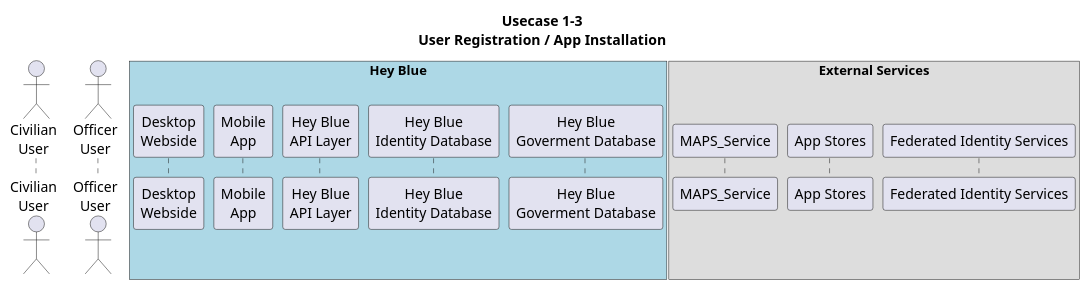
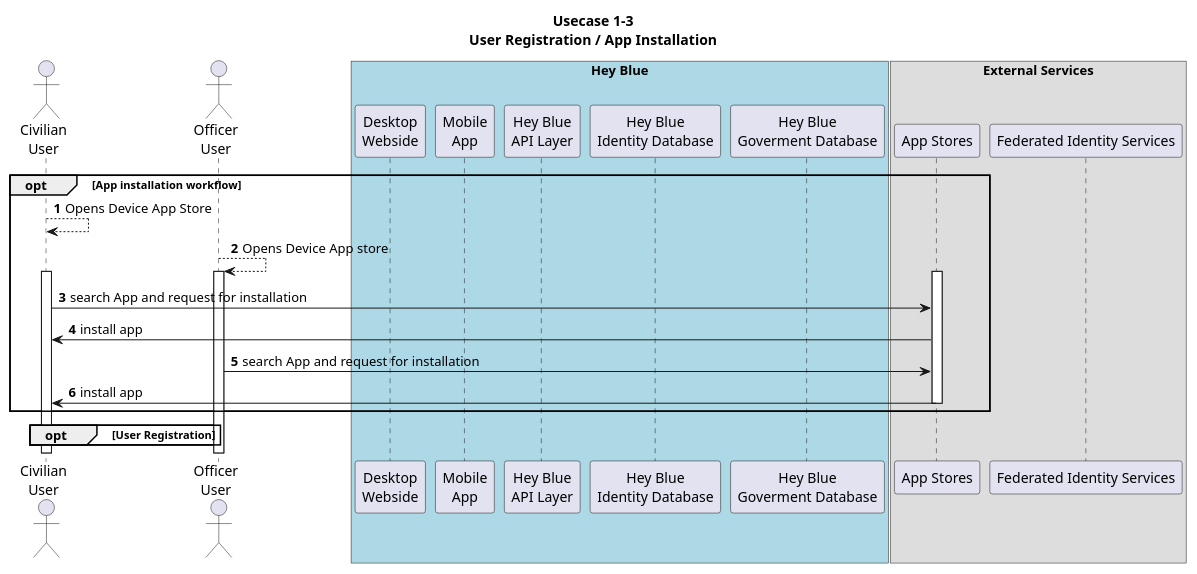
Before and after one commit to MinniMieze/HeyBlue: the diagram in WiP/Usecases/1-3/1-3.puml, drawn with PlantUML.

```diff
--- a/WiP/Usecases/1-3/1-3.puml
+++ b/WiP/Usecases/1-3/1-3.puml
@@ -1,30 +1,57 @@
-@startuml User Registration & App Installation
+@startuml  App Installation & User Registration
 
 title
 Usecase 1-3
 User Registration / App Installation
 end title
 
 autonumber
 
 actor Civ as "Civilian\nUser"
 actor Off as "Officer\nUser"
 
 box "Hey Blue" #Lightblue
     participant Desktop as "Desktop\nWebside"
     participant Mobile as "Mobile\nApp"
 
     participant API_Layer as "Hey Blue\nAPI Layer"
 
     participant ID_DB as "Hey Blue\nIdentity Database"
     participant GOV_DB as "Hey Blue\nGoverment Database"
 end box
 
 box "External Services" 
-    participant MAPS_Service
-    participant "App Stores"
-    participant "Federated Identity Services"
+    participant Appstore as "App Stores"
+    participant FIS as "Federated Identity Services"
 end box
 
+'##### App Installation
+
+opt App installation workflow
+Civ --> Civ : Opens Device App Store
+Off --> Off : Opens Device App store
+ activate Civ
+ activate Off
+    activate Appstore
+    Civ -> Appstore : search App and request for installation
+    Appstore -> Civ : install app
+    Off -> Appstore : search App and request for installation
+    Appstore -> Civ : install app
+    deactivate Appstore 
+end
+
+
+'###### User Registration
+
+opt User Registration
+
+
+end
+
+
+
+
+'###### missing
+' Fill the gov DB or manual check via Admin GUI
 
 @enduml 
```
